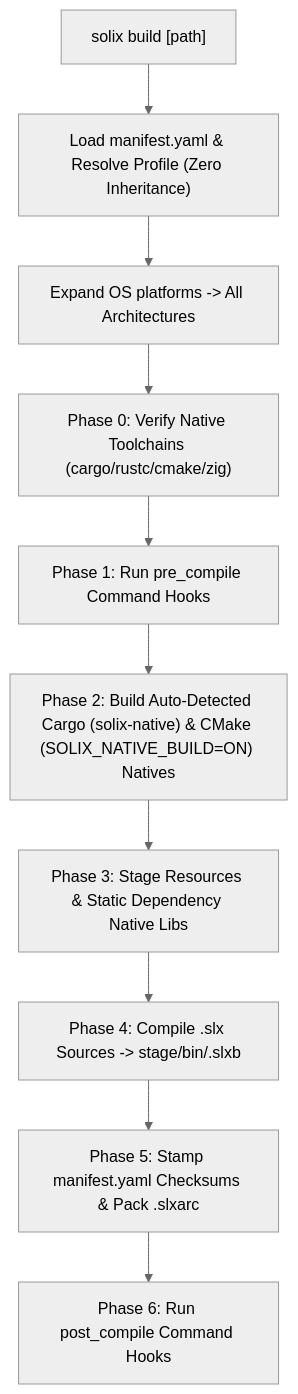
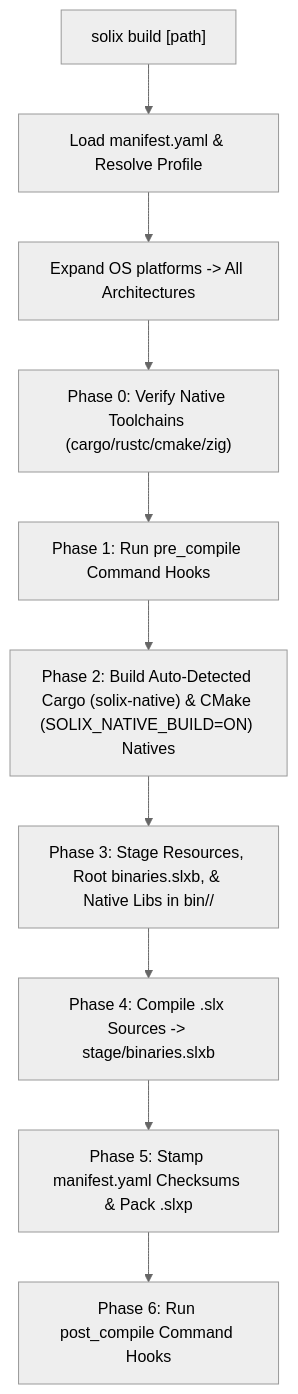
One commit to Jehudme/solix-language changed the diagram in docs/spec/tools/cli/build.md. Above: the diagram before and after it, drawn with Mermaid (neutral theme). The commit also changed other lines of this file and 25 other files, not shown here.

Commit message:
feat(package): implement .slxp package container format and strict native loader filtering (closes #87, closes #88)

````diff
--- a/docs/spec/tools/cli/build.md
+++ b/docs/spec/tools/cli/build.md
@@ -41,12 +41,12 @@
 ```mermaid
 flowchart TD
-    A["solix build [path]"] --> B["Load manifest.yaml & Resolve Profile (Zero Inheritance)"]
-    B --> C["Expand OS platforms -> All Architectures"]
-    C --> V["Phase 0: Verify Native Toolchains (cargo/rustc/cmake/zig)"]
-    V --> P["Phase 1: Run pre_compile Command Hooks"]
-    P --> F["Phase 2: Build Auto-Detected Cargo (solix-native) & CMake (SOLIX_NATIVE_BUILD=ON) Natives"]
-    F --> G["Phase 3: Stage Resources & Static Dependency Native Libs"]
-    G --> H["Phase 4: Compile .slx Sources -> stage/bin/<name>.slxb"]
-    H --> I["Phase 5: Stamp manifest.yaml Checksums & Pack .slxarc"]
-    I --> Q["Phase 6: Run post_compile Command Hooks"]
+    BuildEntry["solix build [path]"] --> ResolveProfile["Load manifest.yaml & Resolve Profile"]
+    ResolveProfile --> ExpandPlatforms["Expand OS platforms -> All Architectures"]
+    ExpandPlatforms --> PhaseZero["Phase 0: Verify Native Toolchains (cargo/rustc/cmake/zig)"]
+    PhaseZero --> PhaseOne["Phase 1: Run pre_compile Command Hooks"]
+    PhaseOne --> PhaseTwo["Phase 2: Build Auto-Detected Cargo (solix-native) & CMake (SOLIX_NATIVE_BUILD=ON) Natives"]
+    PhaseTwo --> PhaseThree["Phase 3: Stage Resources, Root binaries.slxb, & Native Libs in bin/<target>/"]
+    PhaseThree --> PhaseFour["Phase 4: Compile .slx Sources -> stage/binaries.slxb"]
+    PhaseFour --> PhaseFive["Phase 5: Stamp manifest.yaml Checksums & Pack .slxp"]
+    PhaseFive --> PhaseSix["Phase 6: Run post_compile Command Hooks"]
 ```
````
